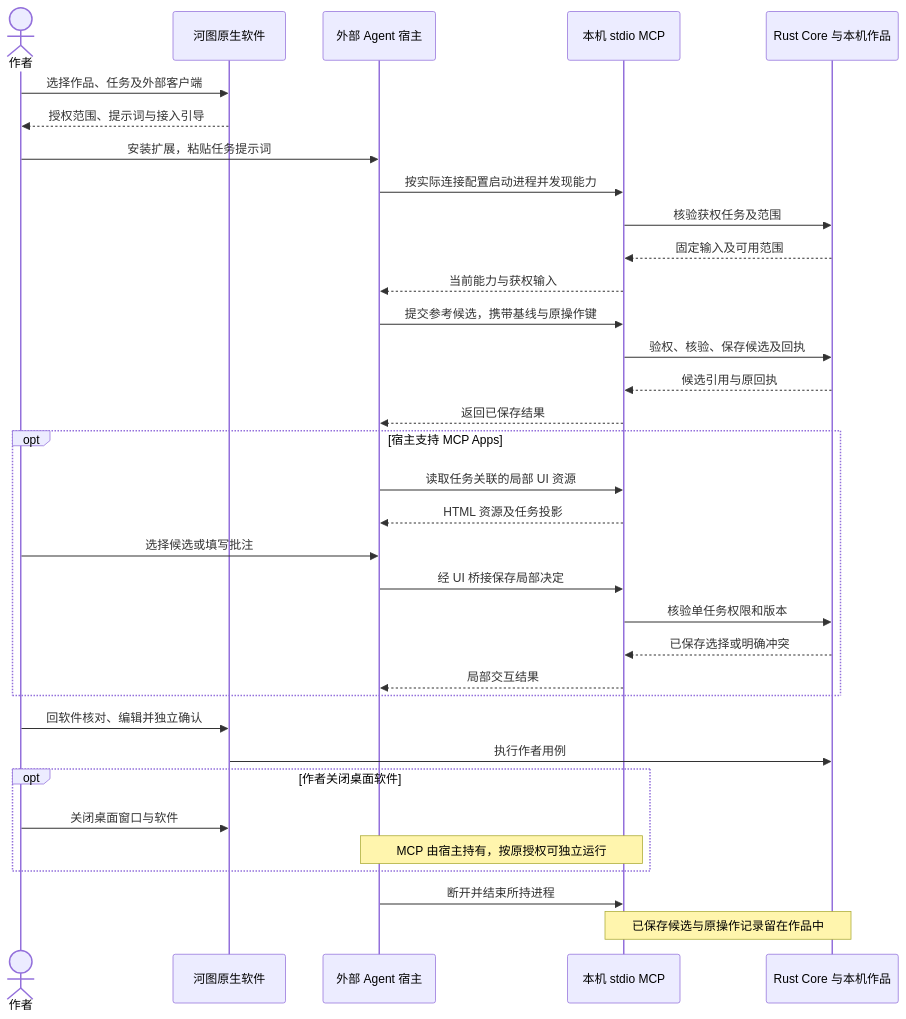
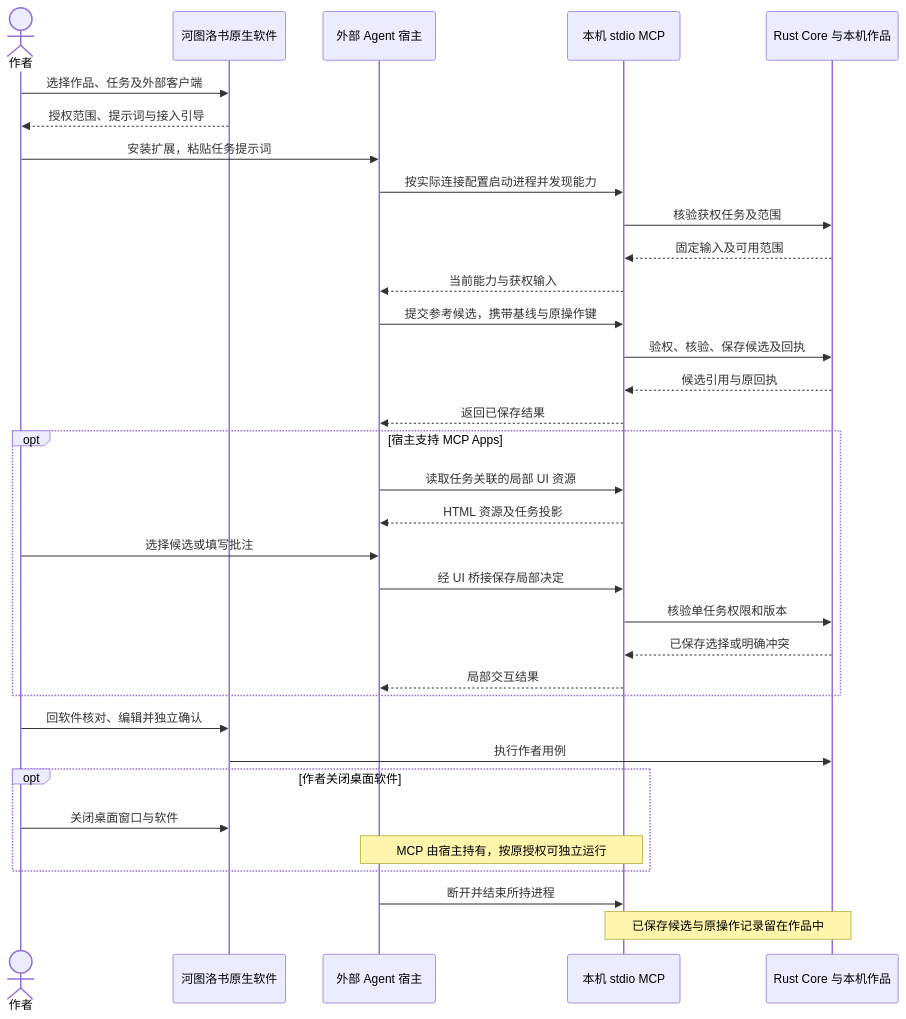
Before and after one commit to limecloud/hetu: diagram 33 of 35 in docs/23-业务流程与MCP时序.md, drawn with Mermaid. The commit also changed other lines of this file and 156 other files, not shown here.

````diff
--- a/docs/23-业务流程与MCP时序.md
+++ b/docs/23-业务流程与MCP时序.md
@@ -869,36 +870,36 @@
 ```mermaid
 sequenceDiagram
     actor U as 作者
-    participant D as 河图原生软件
+    participant D as 河图洛书原生软件
     participant A as 外部 Agent 宿主
     participant M as 本机 stdio MCP
     participant C as Rust Core 与本机作品
     U->>D: 选择作品、任务及外部客户端
     D-->>U: 授权范围、提示词与接入引导
     U->>A: 安装扩展，粘贴任务提示词
     A->>M: 按实际连接配置启动进程并发现能力
     M->>C: 核验获权任务及范围
     C-->>M: 固定输入及可用范围
     M-->>A: 当前能力与获权输入
     A->>M: 提交参考候选，携带基线与原操作键
     M->>C: 验权、核验、保存候选及回执
     C-->>M: 候选引用与原回执
     M-->>A: 返回已保存结果
     opt 宿主支持 MCP Apps
         A->>M: 读取任务关联的局部 UI 资源
         M-->>A: HTML 资源及任务投影
         U->>A: 选择候选或填写批注
         A->>M: 经 UI 桥接保存局部决定
         M->>C: 核验单任务权限和版本
         C-->>M: 已保存选择或明确冲突
         M-->>A: 局部交互结果
     end
     U->>D: 回软件核对、编辑并独立确认
     D->>C: 执行作者用例
     opt 作者关闭桌面软件
         U->>D: 关闭桌面窗口与软件
         Note over A,M: MCP 由宿主持有，按原授权可独立运行
     end
     A->>M: 断开并结束所持进程
     Note over M,C: 已保存候选与原操作记录留在作品中
 ```
````
